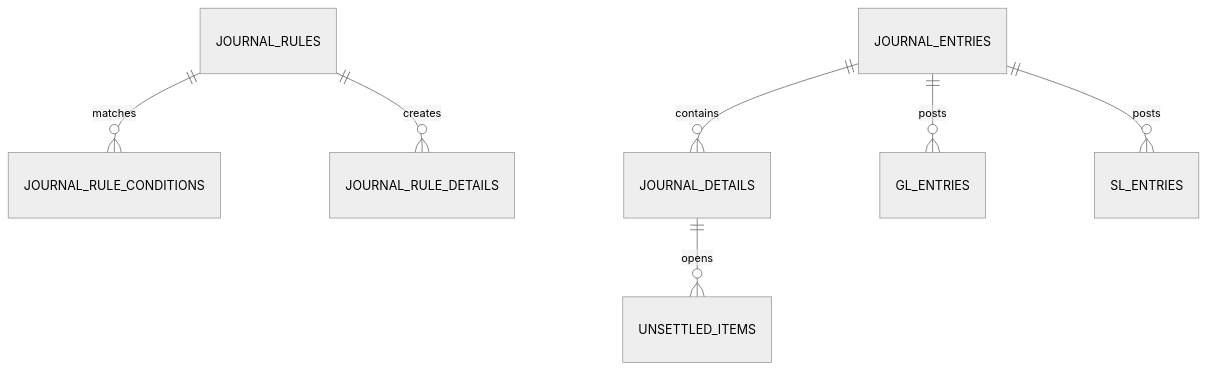
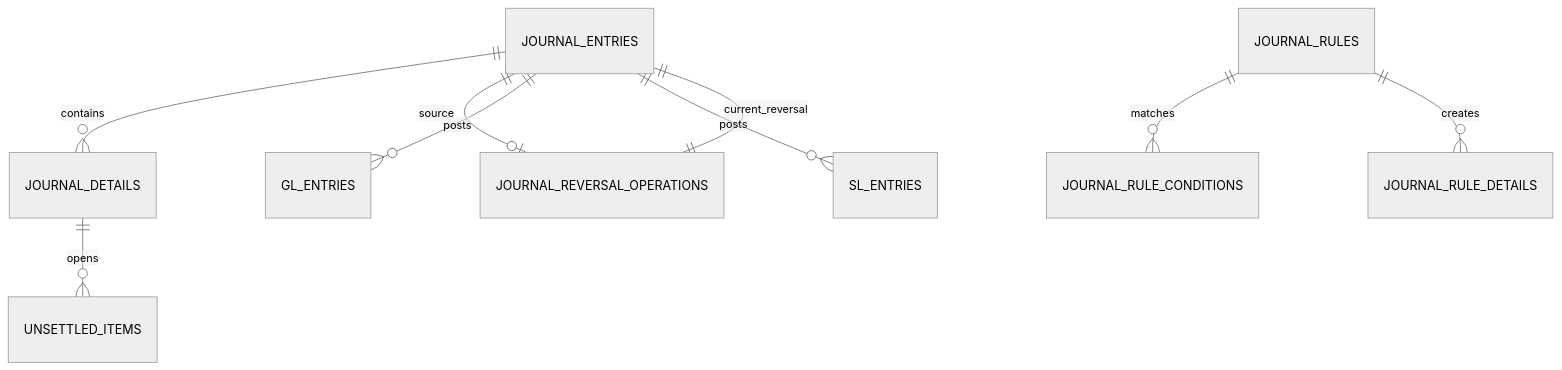
The diagram in journal-ledger/docs/schema.md (skyg547/account), drawn with Mermaid (neutral theme) before and after one commit. The commit also changed other lines of this file and 28 other files, not shown here.

````diff
--- a/journal-ledger/docs/schema.md
+++ b/journal-ledger/docs/schema.md
@@ -7,9 +7,11 @@
 ```mermaid
 erDiagram
     JOURNAL_ENTRIES ||--o{ JOURNAL_DETAILS : contains
+    JOURNAL_ENTRIES ||--o| JOURNAL_REVERSAL_OPERATIONS : source
+    JOURNAL_REVERSAL_OPERATIONS ||--|| JOURNAL_ENTRIES : current_reversal
     JOURNAL_RULES ||--o{ JOURNAL_RULE_CONDITIONS : matches
     JOURNAL_RULES ||--o{ JOURNAL_RULE_DETAILS : creates
     JOURNAL_DETAILS ||--o{ UNSETTLED_ITEMS : opens
     JOURNAL_ENTRIES ||--o{ GL_ENTRIES : posts
     JOURNAL_ENTRIES ||--o{ SL_ENTRIES : posts
 ```
````
